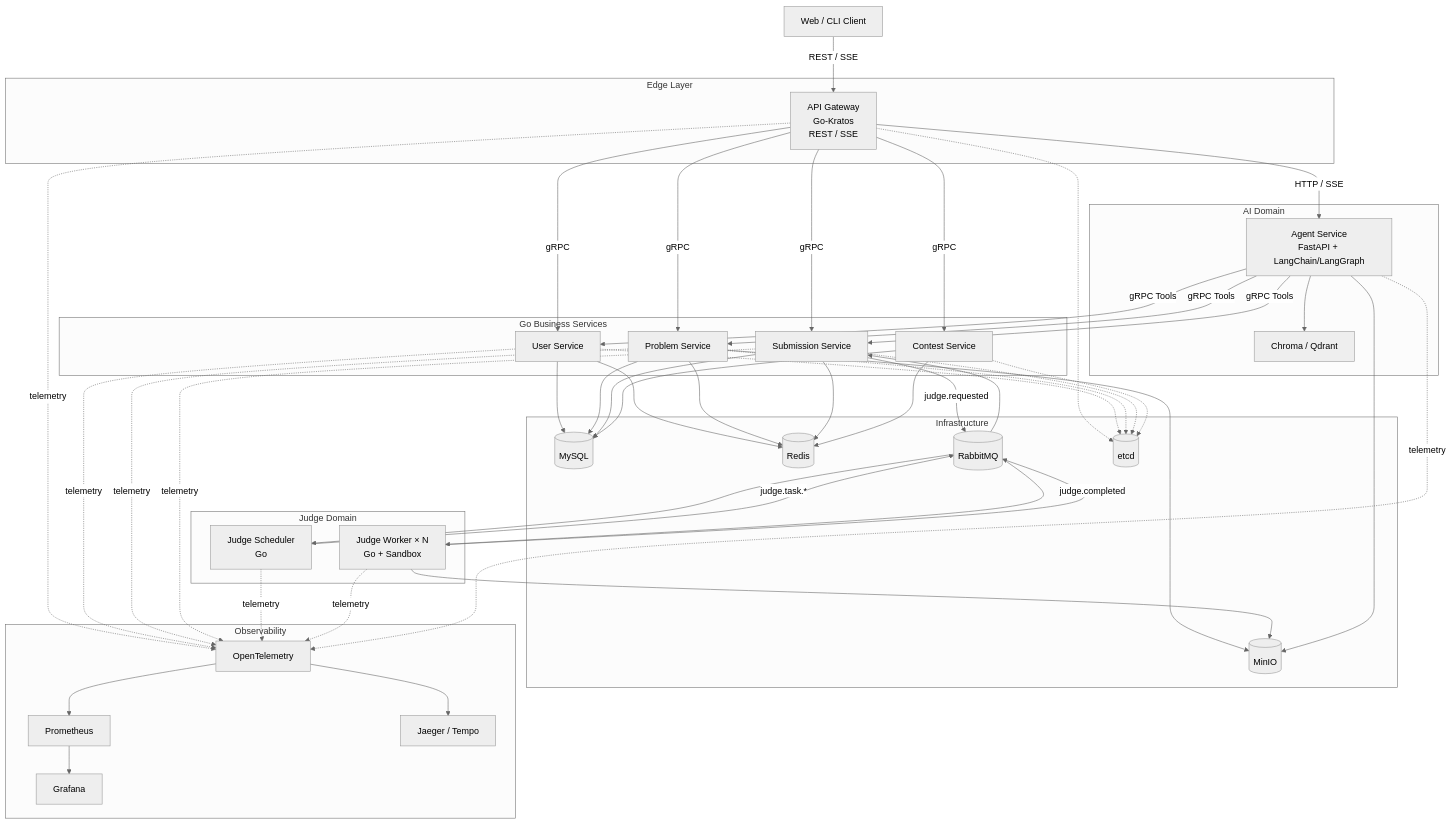
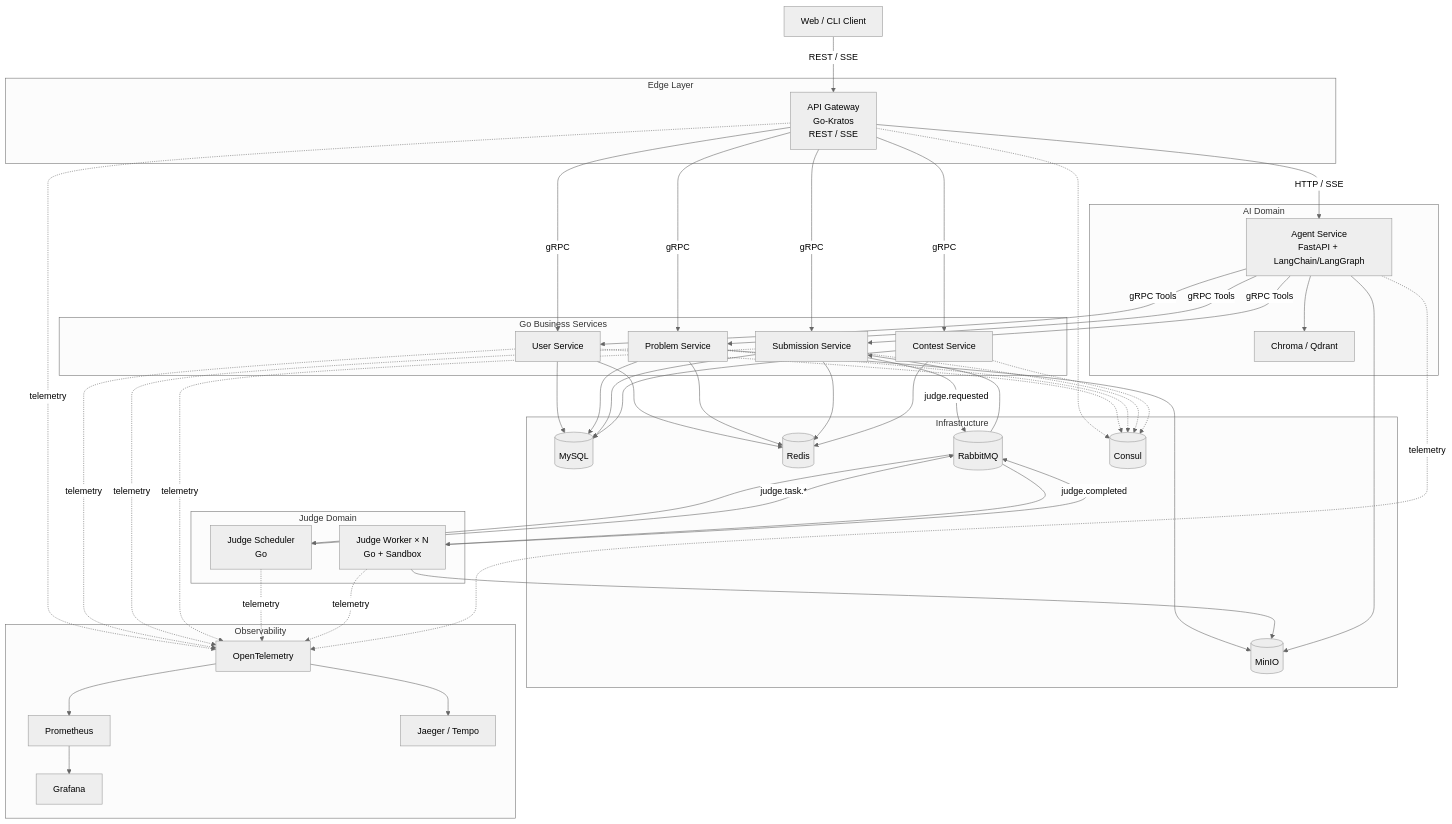
One commit to viggggil/go_oj_agent changed the first of 6 diagrams in docs/architecture.md. Above: the diagram before and after it, drawn with Mermaid (neutral theme). The commit also changed other lines of this file and 14 other files, not shown here.

```diff
--- a/docs/architecture.md
+++ b/docs/architecture.md
@@ -49,7 +49,7 @@
         Redis[("Redis")]
         RabbitMQ[("RabbitMQ")]
         MinIO[("MinIO")]
-        Etcd[("etcd")]
+        Consul[("Consul")]
     end
 
     subgraph Obs["Observability"]
@@ -93,11 +93,11 @@
     Worker --> MinIO
     Agent --> MinIO
 
-    Gateway -.-> Etcd
-    User -.-> Etcd
-    Problem -.-> Etcd
-    Submission -.-> Etcd
-    Contest -.-> Etcd
+    Gateway -.-> Consul
+    User -.-> Consul
+    Problem -.-> Consul
+    Submission -.-> Consul
+    Contest -.-> Consul
 
     Gateway -. telemetry .-> OTel
     User -. telemetry .-> OTel
```
